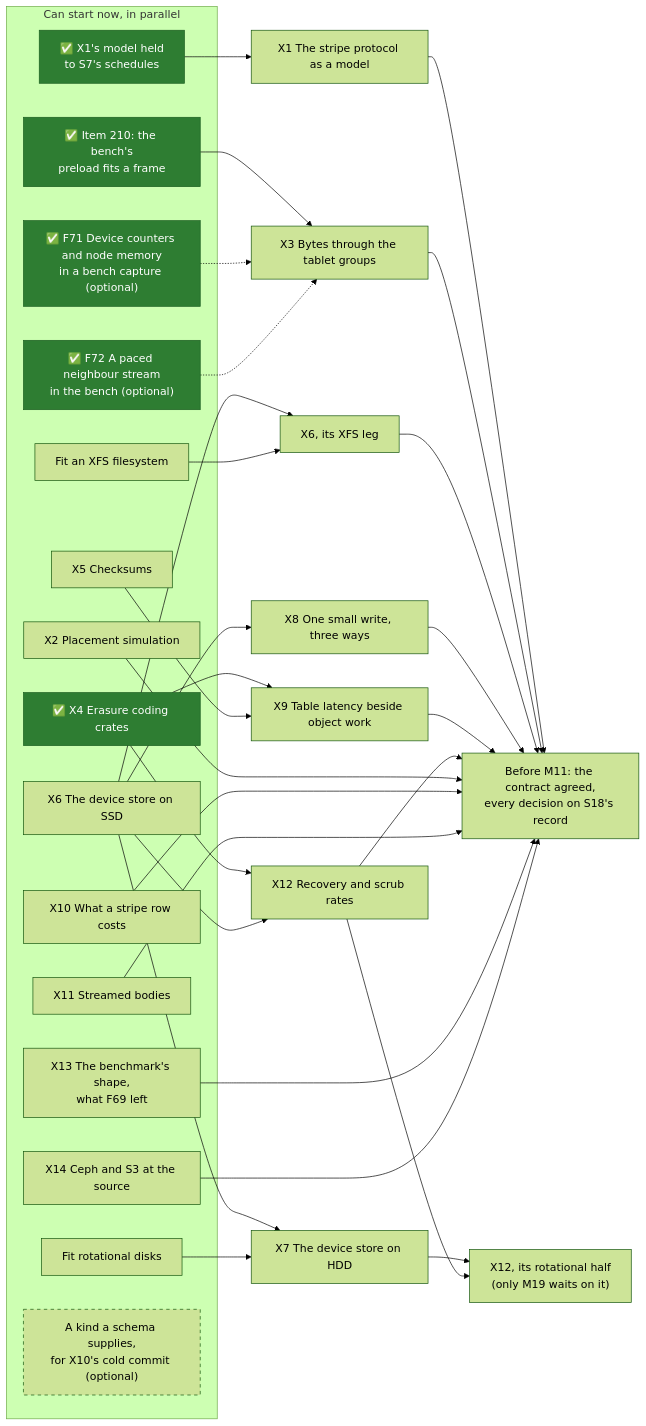
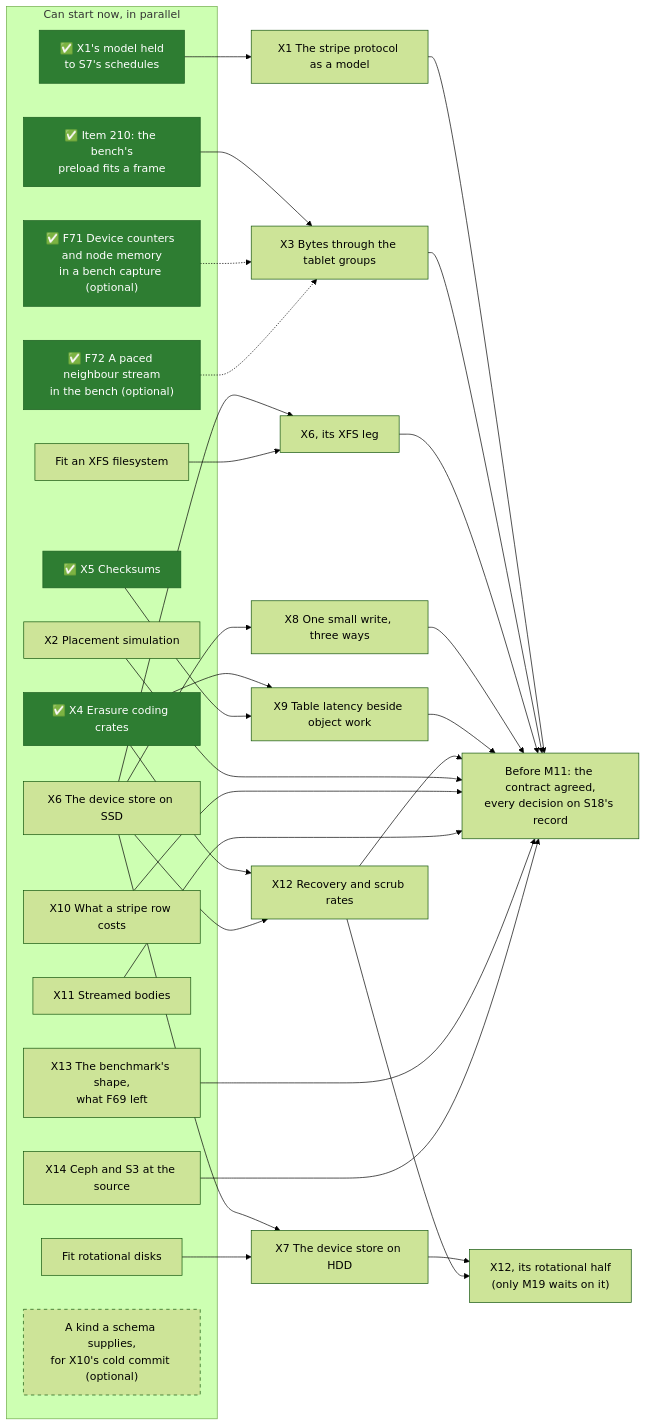
One commit to mjcarson/shoal changed the first of 2 diagrams in docs/src/object-storage/whats-left-todo.md. Above: the diagram before and after it, drawn with Mermaid (forest theme). The commit also changed other lines of this file and 39 other files, not shown here.

````diff
--- a/docs/src/object-storage/whats-left-todo.md
+++ b/docs/src/object-storage/whats-left-todo.md
@@ -24,57 +25,57 @@
 ```mermaid
 flowchart LR
     classDef done fill:#2e7d32,stroke:#1b5e20,color:#ffffff
     classDef optional stroke-dasharray: 5 5
     subgraph now["Can start now, in parallel"]
         R1["✅ X1's model held<br>to S7's schedules"]:::done
         R2["✅ Item 210: the bench's<br>preload fits a frame"]:::done
         XFS["Fit an XFS filesystem"]
         Disks["Fit rotational disks"]
         X2["X2 Placement simulation"]
         X4["✅ X4 Erasure coding crates"]:::done
-        X5["X5 Checksums"]
+        X5["✅ X5 Checksums"]:::done
         X6["X6 The device store on SSD"]
         X10["X10 What a stripe row costs"]
         X11["X11 Streamed bodies"]
         X13["X13 The benchmark's shape,<br>what F69 left"]
         X14["X14 Ceph and S3 at the source"]
         Counters["✅ F71 Device counters and node memory<br>in a bench capture (optional)"]:::done
         Neighbour["✅ F72 A paced neighbour stream<br>in the bench (optional)"]:::done
         Kinds["A kind a schema supplies,<br>for X10's cold commit (optional)"]:::optional
     end
     X1["X1 The stripe protocol as a model"]
     X3["X3 Bytes through the tablet groups"]
     X6x["X6, its XFS leg"]
     X7["X7 The device store on HDD"]
     X8["X8 One small write, three ways"]
     X9["X9 Table latency beside object work"]
     X12["X12 Recovery and scrub rates"]
     X12r["X12, its rotational half<br>(only M19 waits on it)"]
     Gate["Before M11: the contract agreed,<br>every decision on S18's record"]
     R1 --> X1
     R2 --> X3
     X6 --> X6x
     XFS --> X6x
     X6 --> X7
     Disks --> X7
     X6 --> X8
     X4 --> X9
     X5 --> X9
     X4 --> X12
     X6 --> X12
     X7 --> X12r
     X12 --> X12r
     Counters -.-> X3
     Neighbour -.-> X3
     X1 --> Gate
     X3 --> Gate
     X6x --> Gate
     X8 --> Gate
     X9 --> Gate
     X12 --> Gate
     X2 ---> Gate
     X10 ---> Gate
     X11 ---> Gate
     X13 ---> Gate
     X14 ---> Gate
 ```
````
